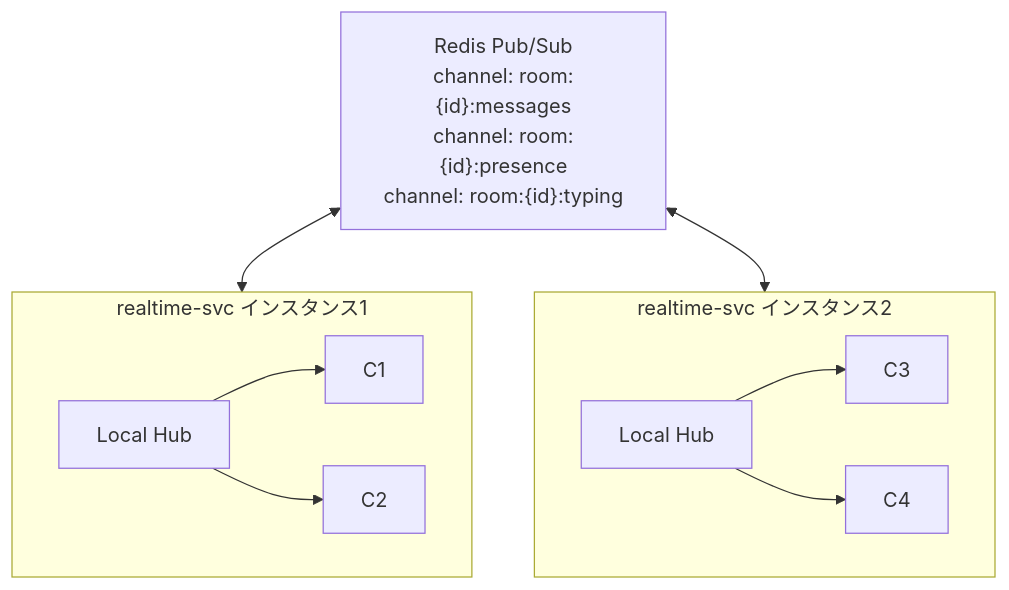
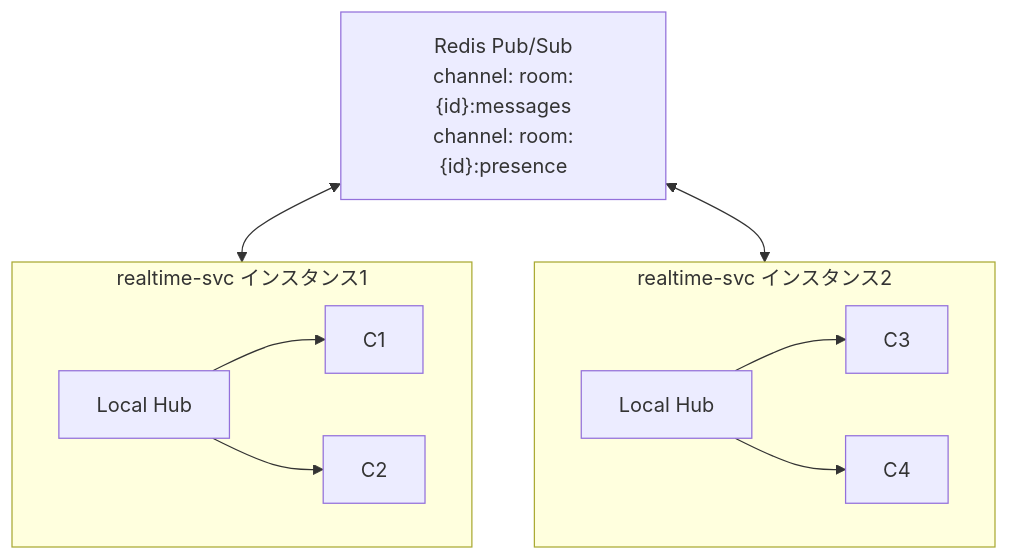
One commit to shunto-ishiguro/go-microservices-chat changed the fourth of 5 diagrams in docs/learning/phase-3.md. Above: the diagram before and after it, drawn with Mermaid. The commit also changed other lines of this file, not shown here.

First line of the commit message:
docs: phase-3.md に WebSocket / Hub / gRPC Server Streaming / Redis Pub/Sub の解説を追加

````diff
--- a/docs/learning/phase-3.md
+++ b/docs/learning/phase-3.md
@@ -326,19 +516,19 @@
 ```mermaid
 graph TD
-    Redis["Redis Pub/Sub<br/>channel: room:{id}:messages<br/>channel: room:{id}:presence<br/>channel: room:{id}:typing"]
+    Redis["Redis Pub/Sub<br/>channel: room:{id}:messages<br/>channel: room:{id}:presence"]
 
     Redis <--> I1
     Redis <--> I2
 
     subgraph I1["realtime-svc インスタンス1"]
         Hub1[Local Hub]
         Hub1 --> C1[C1]
         Hub1 --> C2[C2]
     end
 
     subgraph I2["realtime-svc インスタンス2"]
         Hub2[Local Hub]
         Hub2 --> C3[C3]
         Hub2 --> C4[C4]
     end
 ```
````
